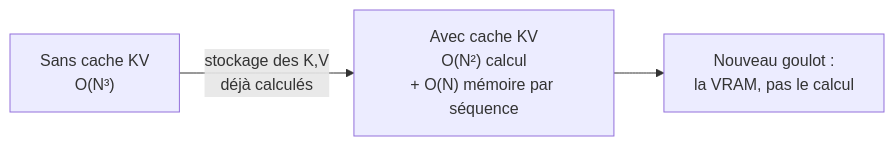
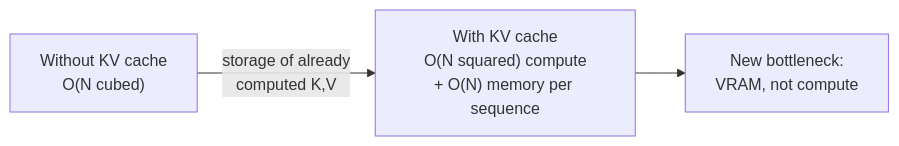
One commit to ADORSYS-GIS/Custom-Ai-Ops changed the first of 9 diagrams in docs/explain/bible-kv-cache.md. Above: the diagram before and after it, drawn with Mermaid. The commit also changed other lines of this file and 25 other files, not shown here.

````diff
--- a/docs/explain/bible-kv-cache.md
+++ b/docs/explain/bible-kv-cache.md
@@ -90,5 +90,5 @@
 ```mermaid
 flowchart LR
-    A["Sans cache KV\nO(N³)"] -->|"stockage des K,V\ndéjà calculés"| B["Avec cache KV\nO(N²) calcul\n+ O(N) mémoire par séquence"]
-    B --> C["Nouveau goulot :\nla VRAM, pas le calcul"]
+    A["Without KV cache\nO(N cubed)"] -->|"storage of already\ncomputed K,V"| B["With KV cache\nO(N squared) compute\n+ O(N) memory per sequence"]
+    B --> C["New bottleneck:\nVRAM, not compute"]
 ```
````
